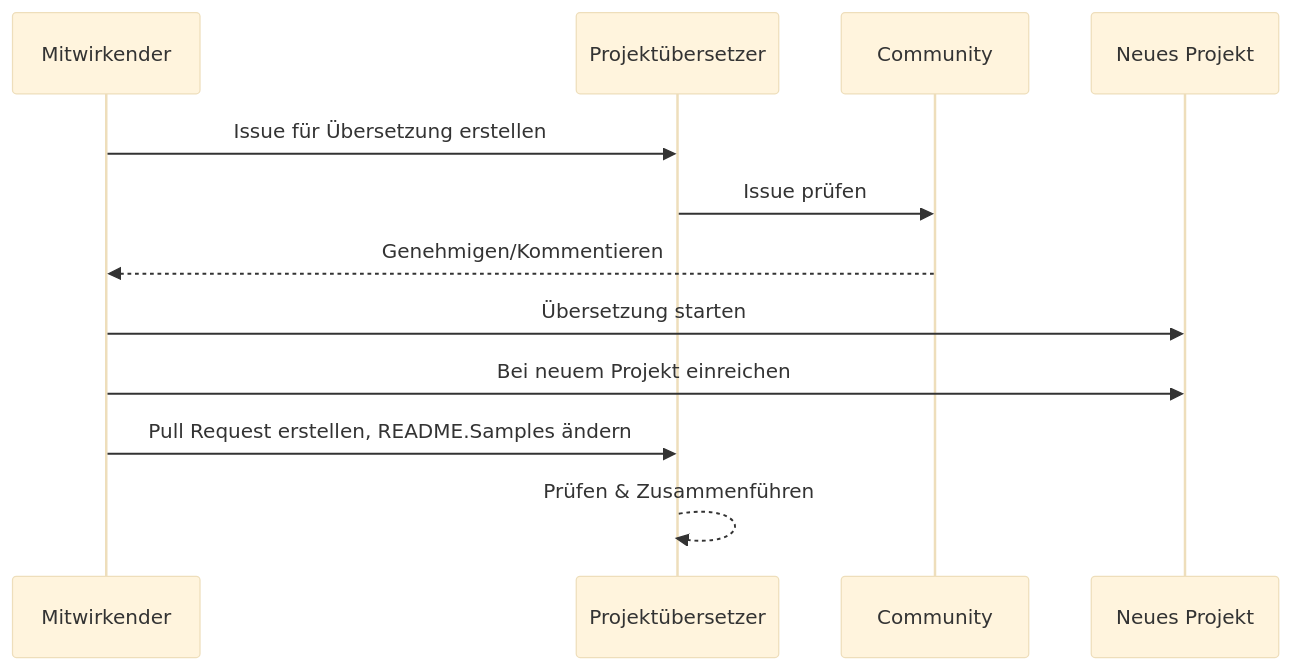
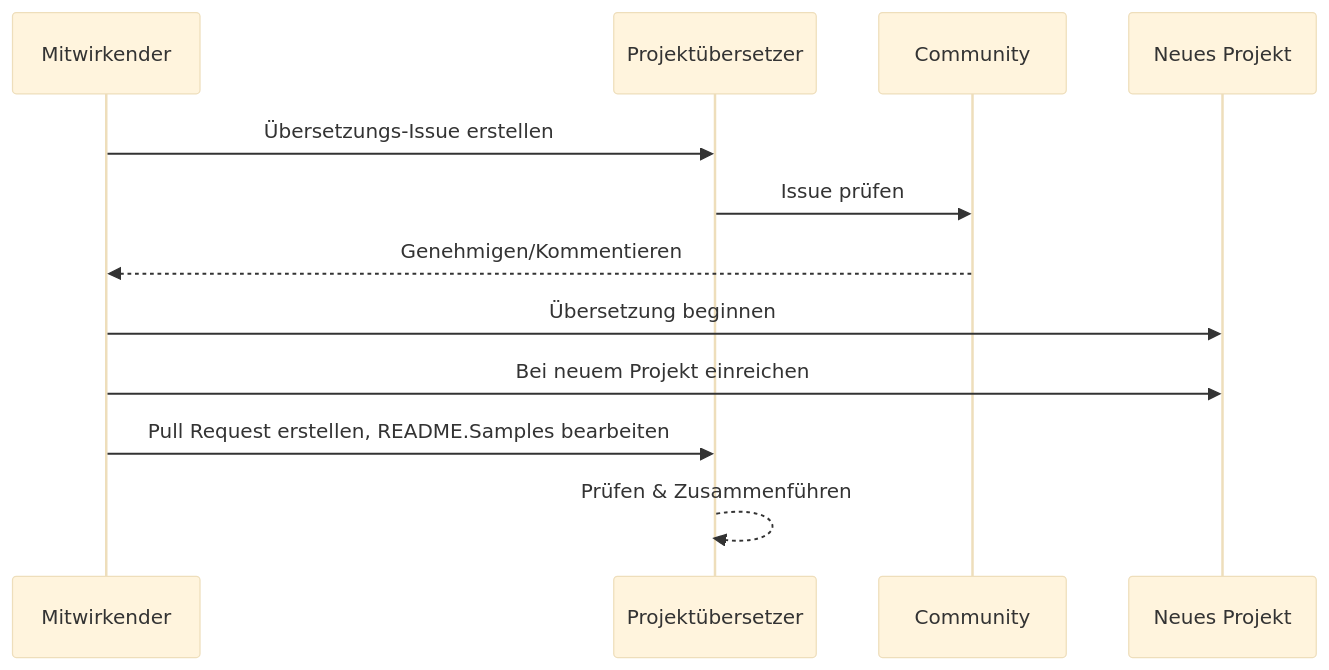
Before and after one commit to Project-Translation/project_translator: the diagram in readmes/README.de-de.md, drawn with Mermaid (base theme). The commit also changed other lines of this file and 73 other files, not shown here.

````diff
--- a/readmes/README.de-de.md
+++ b/readmes/README.de-de.md
@@ -51,10 +50,10 @@
 ```mermaid
 sequenceDiagram
-  Mitwirkender->>Projektübersetzer: Issue für Übersetzung erstellen
+  Mitwirkender->>Projektübersetzer: Übersetzungs-Issue erstellen
   Projektübersetzer->>Community: Issue prüfen
   Community-->>Mitwirkender: Genehmigen/Kommentieren
-  Mitwirkender->>Neues Projekt: Übersetzung starten
+  Mitwirkender->>Neues Projekt: Übersetzung beginnen
   Mitwirkender->>Neues Projekt: Bei neuem Projekt einreichen
-  Mitwirkender->>Projektübersetzer: Pull Request erstellen, README.Samples ändern
+  Mitwirkender->>Projektübersetzer: Pull Request erstellen, README.Samples bearbeiten
   Projektübersetzer-->>Projektübersetzer: Prüfen & Zusammenführen
 ```
````
